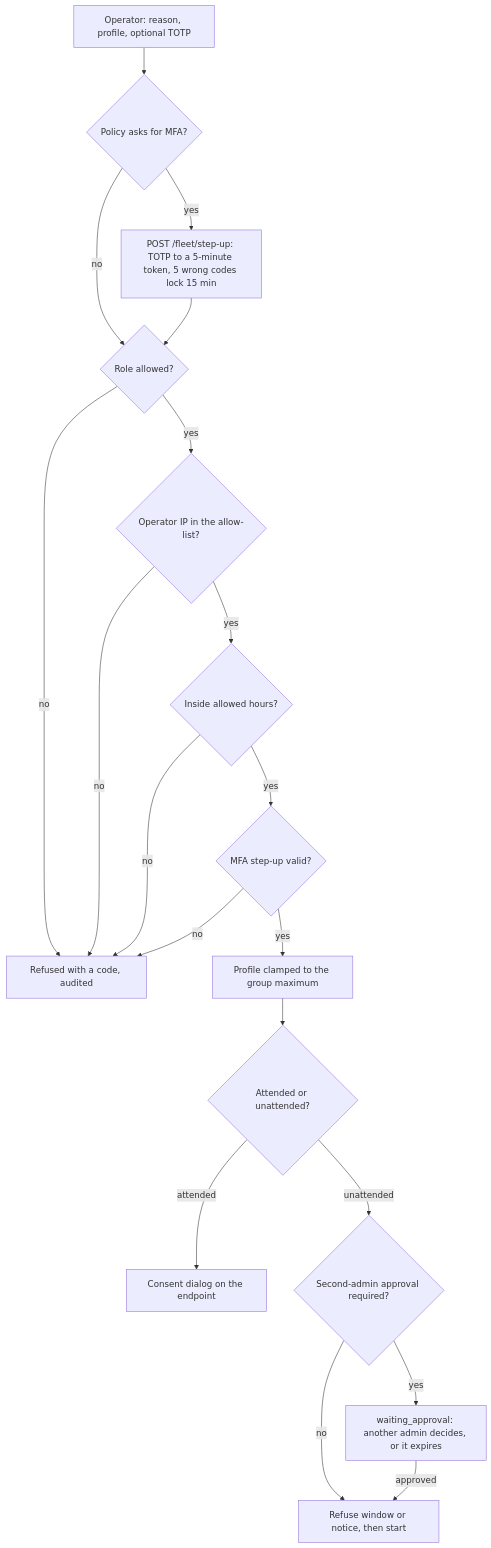
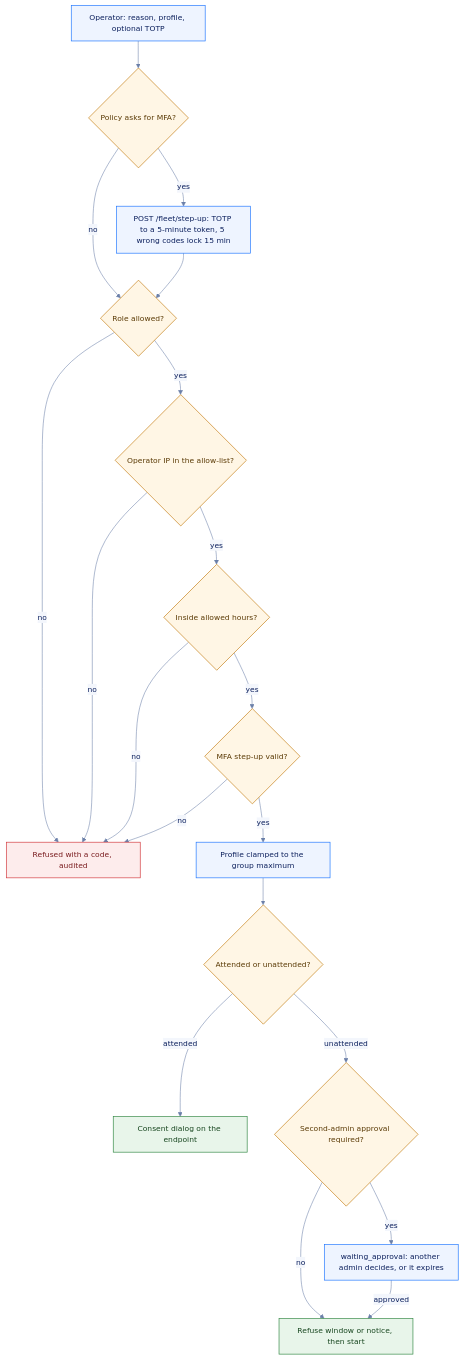
One commit to MKhattab7050/nigafiy-platform changed the fourth of 11 diagrams in docs/architecture/flowcharts.md. Above: the diagram before and after it, drawn with Mermaid. The commit also changed other lines of this file, not shown here.

First line of the commit message:
Flowcharts: brand-themed Mermaid and the illustrated figures on top of the key sections

````diff
--- a/docs/architecture/flowcharts.md
+++ b/docs/architecture/flowcharts.md
@@ -156,21 +193,31 @@
 ```mermaid
+%%{init: {"theme": "base", "themeVariables": {"fontFamily": "-apple-system, BlinkMacSystemFont, Segoe UI, Noto Sans, Helvetica, Arial, sans-serif", "fontSize": "14px", "primaryColor": "#EEF4FF", "primaryTextColor": "#0B1F5C", "primaryBorderColor": "#1A73FF", "secondaryColor": "#F3F6FC", "tertiaryColor": "#FFFFFF", "lineColor": "#6B7FA8", "textColor": "#6B7FA8", "titleColor": "#6B7FA8", "clusterBkg": "#F7F9FE", "clusterBorder": "#9DB4E8", "edgeLabelBackground": "#F3F6FC", "actorBkg": "#EEF4FF", "actorBorder": "#1A73FF", "actorTextColor": "#0B1F5C", "actorLineColor": "#9DB4E8", "signalColor": "#6B7FA8", "signalTextColor": "#6B7FA8", "labelBoxBkgColor": "#EEF4FF", "labelBoxBorderColor": "#1A73FF", "labelTextColor": "#0B1F5C", "loopTextColor": "#6B7FA8", "noteBkgColor": "#FFF6E5", "noteBorderColor": "#C27C0E", "noteTextColor": "#5A3A05", "activationBkgColor": "#DCE8FF", "activationBorderColor": "#1A73FF", "sequenceNumberColor": "#FFFFFF"}, "flowchart": {"curve": "basis", "padding": 12}}}%%
 flowchart TD
   REQ["Operator: reason, profile, optional TOTP"] --> STEP{"Policy asks for MFA?"}
   STEP -->|yes| SU["POST /fleet/step-up: TOTP to a 5-minute token, 5 wrong codes lock 15 min"]
   STEP -->|no| ROLE
   SU --> ROLE{"Role allowed?"}
   ROLE -->|no| REF["Refused with a code, audited"]
   ROLE -->|yes| IP{"Operator IP in the allow-list?"}
   IP -->|no| REF
   IP -->|yes| HRS{"Inside allowed hours?"}
   HRS -->|no| REF
   HRS -->|yes| MFA{"MFA step-up valid?"}
   MFA -->|no| REF
   MFA -->|yes| PROF["Profile clamped to the group maximum"]
   PROF --> MODE{"Attended or unattended?"}
   MODE -->|attended| USER["Consent dialog on the endpoint"]
   MODE -->|unattended| APPR{"Second-admin approval required?"}
   APPR -->|yes| WAIT["waiting_approval: another admin decides, or it expires"]
   APPR -->|no| UNATT["Refuse window or notice, then start"]
   WAIT -->|approved| UNATT
+  classDef default fill:#EEF4FF,stroke:#1A73FF,stroke-width:1.2px,color:#0B1F5C
+  classDef decision fill:#FFF6E5,stroke:#C27C0E,stroke-width:1.2px,color:#5A3A05
+  classDef data fill:#E3F5F9,stroke:#0099BC,stroke-width:1.2px,color:#053F4D
+  classDef external fill:#F3F6FC,stroke:#6B7FA8,stroke-width:1.2px,stroke-dasharray:4 3,color:#0B1F5C
+  classDef refused fill:#FDECEC,stroke:#D13438,stroke-width:1.2px,color:#7A1C1F
+  classDef good fill:#E8F5EA,stroke:#2E8540,stroke-width:1.2px,color:#17461F
+  class STEP,ROLE,IP,HRS,MFA,MODE,APPR decision
+  class REF refused
+  class USER,UNATT good
 ```
````
